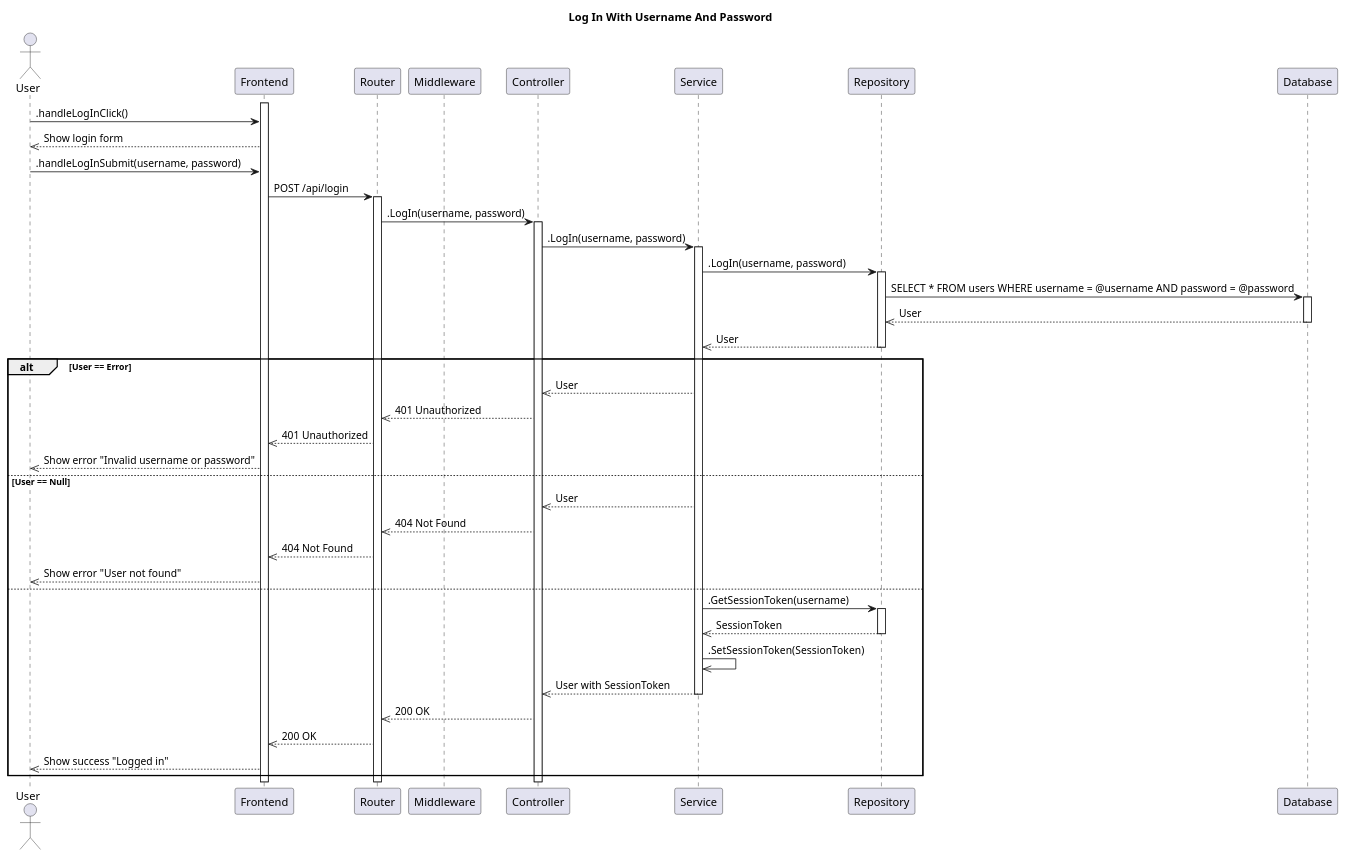
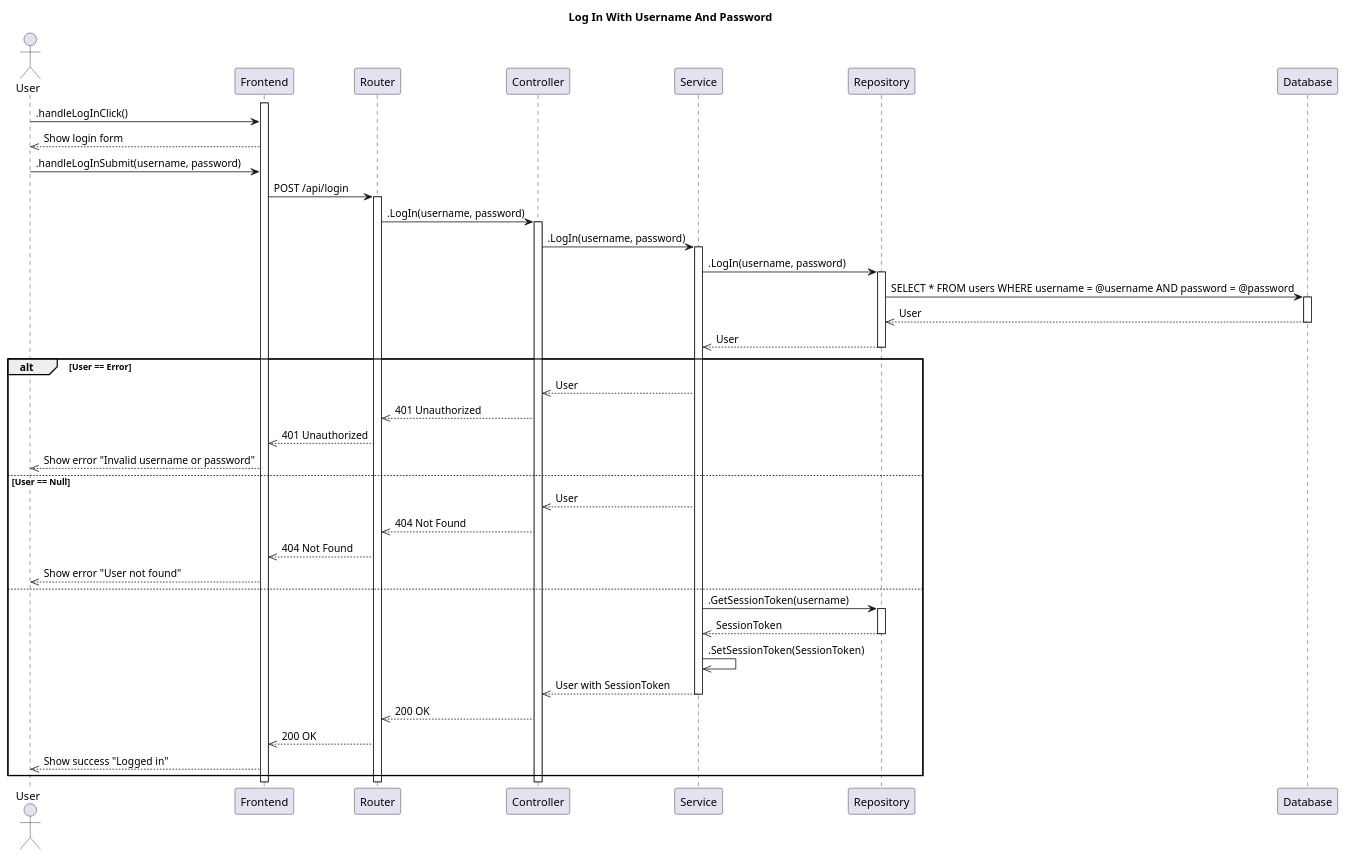
The diagram in SD-Log-In-With-Username-And-Password.puml (CS371-Project-Management/CS371-Sequence-Diagram), drawn with PlantUML before and after one commit. The commit also changed 1 other file, not shown here.

Commit message:
fix: remove Middleware participant from sequence diagrams for account creation and login processes

```diff
--- a/SD-Log-In-With-Username-And-Password.puml
+++ b/SD-Log-In-With-Username-And-Password.puml
@@ -1,55 +1,54 @@
 @startuml
 title Log In With Username And Password
 actor User
 participant Frontend
 participant Router
-participant Middleware
 participant Controller
 participant Service
 participant Repository
 participant Database
 
 activate Frontend
 User -> Frontend: .handleLogInClick()
 Frontend -->> User: Show login form
 
 User -> Frontend: .handleLogInSubmit(username, password)
 Frontend -> Router: POST /api/login
 activate Router
 Router -> Controller: .LogIn(username, password)
 activate Controller
 Controller -> Service: .LogIn(username, password)
 activate Service
 Service -> Repository: .LogIn(username, password)
 activate Repository
 Repository -> Database: SELECT * FROM users WHERE username = @username AND password = @password
 activate Database
 Database -->> Repository: User
 deactivate Database
 Repository -->> Service: User
 deactivate Repository
 
 alt User == Error
   Service -->> Controller: User
   Controller -->> Router: 401 Unauthorized
   Router -->> Frontend: 401 Unauthorized
   Frontend -->> User: Show error "Invalid username or password"
 else User == Null
   Service -->> Controller: User
   Controller -->> Router: 404 Not Found
   Router -->> Frontend: 404 Not Found
   Frontend -->> User: Show error "User not found"
 else
   Service -> Repository: .GetSessionToken(username)
   activate Repository
   Repository -->> Service: SessionToken
   deactivate Repository
   Service ->> Service: .SetSessionToken(SessionToken)
   Service -->> Controller: User with SessionToken
   deactivate Service
   Controller -->> Router: 200 OK
   Router -->> Frontend: 200 OK
   Frontend -->> User: Show success "Logged in"
 end
 deactivate Service
 @enduml
```
